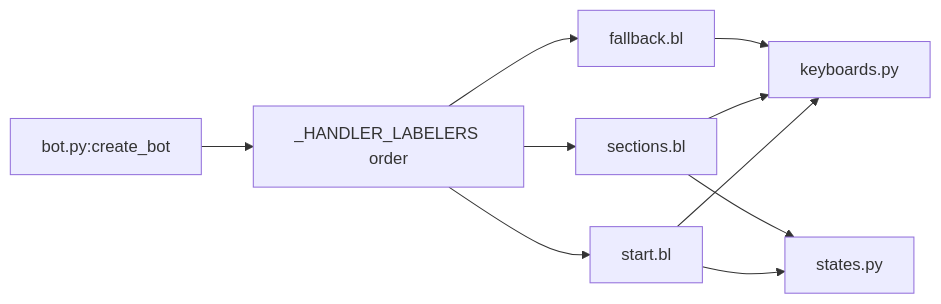
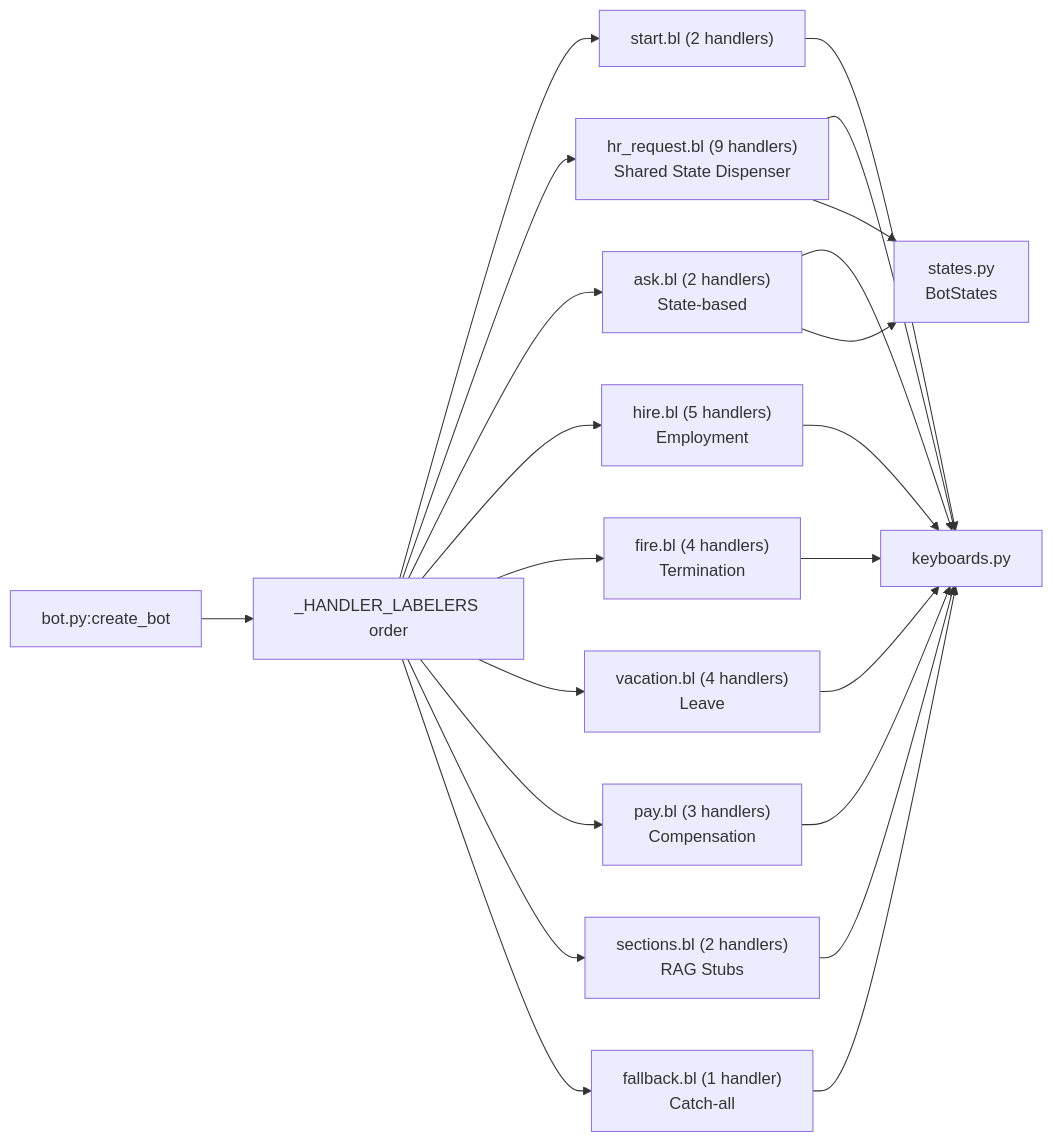
One commit to ognelis/cafetera_hr_bot changed the third of 3 diagrams in .qoder/repowiki/en/content/VK Integration/Handler Registration and Ordering.md. Above: the diagram before and after it, drawn with Mermaid. The commit also changed other lines of this file and 15 other files, not shown here.

````diff
--- a/.qoder/repowiki/en/content/VK Integration/Handler Registration and Ordering.md
+++ b/.qoder/repowiki/en/content/VK Integration/Handler Registration and Ordering.md
@@ -233,12 +378,24 @@
 ```mermaid
 graph LR
 BOT["bot.py:create_bot"] --> ORDER["_HANDLER_LABELERS order"]
-ORDER --> START["start.bl"]
-ORDER --> SECTIONS["sections.bl"]
-ORDER --> FALLBACK["fallback.bl"]
+ORDER --> START["start.bl (2 handlers)"]
+ORDER --> HR_REQUEST["hr_request.bl (9 handlers)<br/>Shared State Dispenser"]
+ORDER --> ASK["ask.bl (2 handlers)<br/>State-based"]
+ORDER --> HIRE["hire.bl (5 handlers)<br/>Employment"]
+ORDER --> FIRE["fire.bl (4 handlers)<br/>Termination"]
+ORDER --> VACATION["vacation.bl (4 handlers)<br/>Leave"]
+ORDER --> PAY["pay.bl (3 handlers)<br/>Compensation"]
+ORDER --> SECTIONS["sections.bl (2 handlers)<br/>RAG Stubs"]
+ORDER --> FALLBACK["fallback.bl (1 handler)<br/>Catch-all"]
 START --> KEYBOARD["keyboards.py"]
+HR_REQUEST --> KEYBOARD
+ASK --> KEYBOARD
+HIRE --> KEYBOARD
+FIRE --> KEYBOARD
+VACATION --> KEYBOARD
+PAY --> KEYBOARD
 SECTIONS --> KEYBOARD
 FALLBACK --> KEYBOARD
-START --> STATES["states.py"]
-SECTIONS --> STATES
+HR_REQUEST --> STATES["states.py<br/>BotStates"]
+ASK --> STATES
 ```
````
